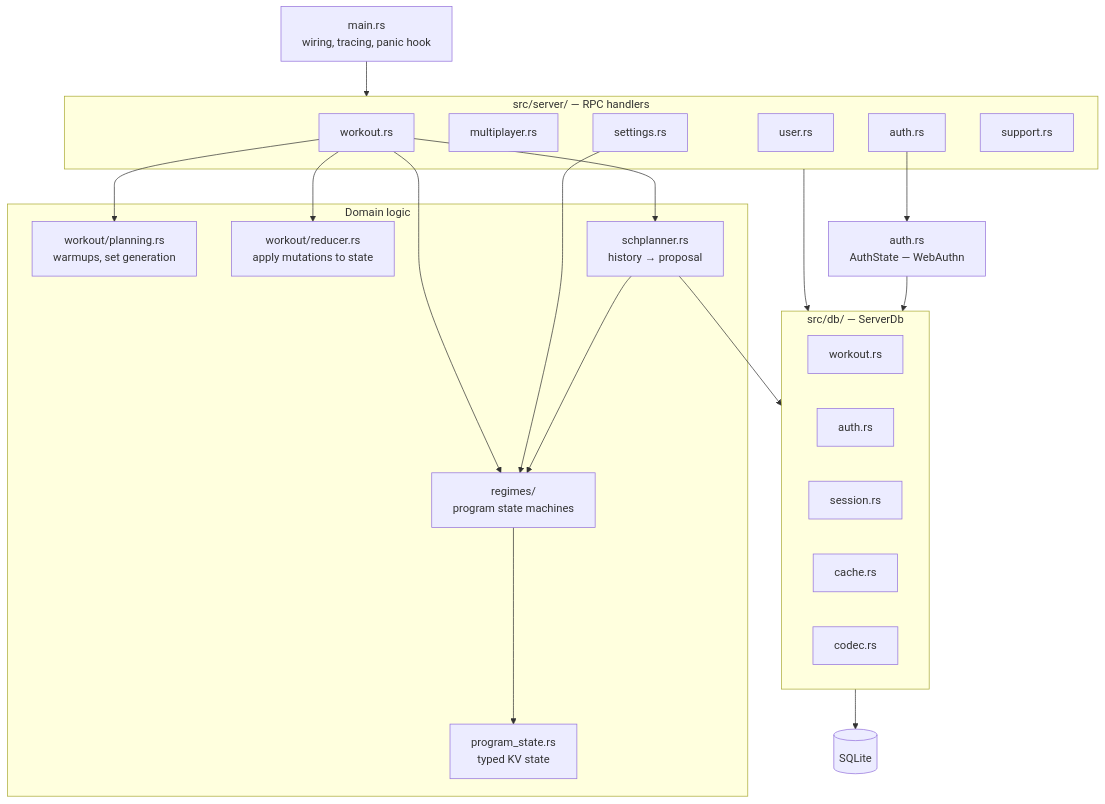
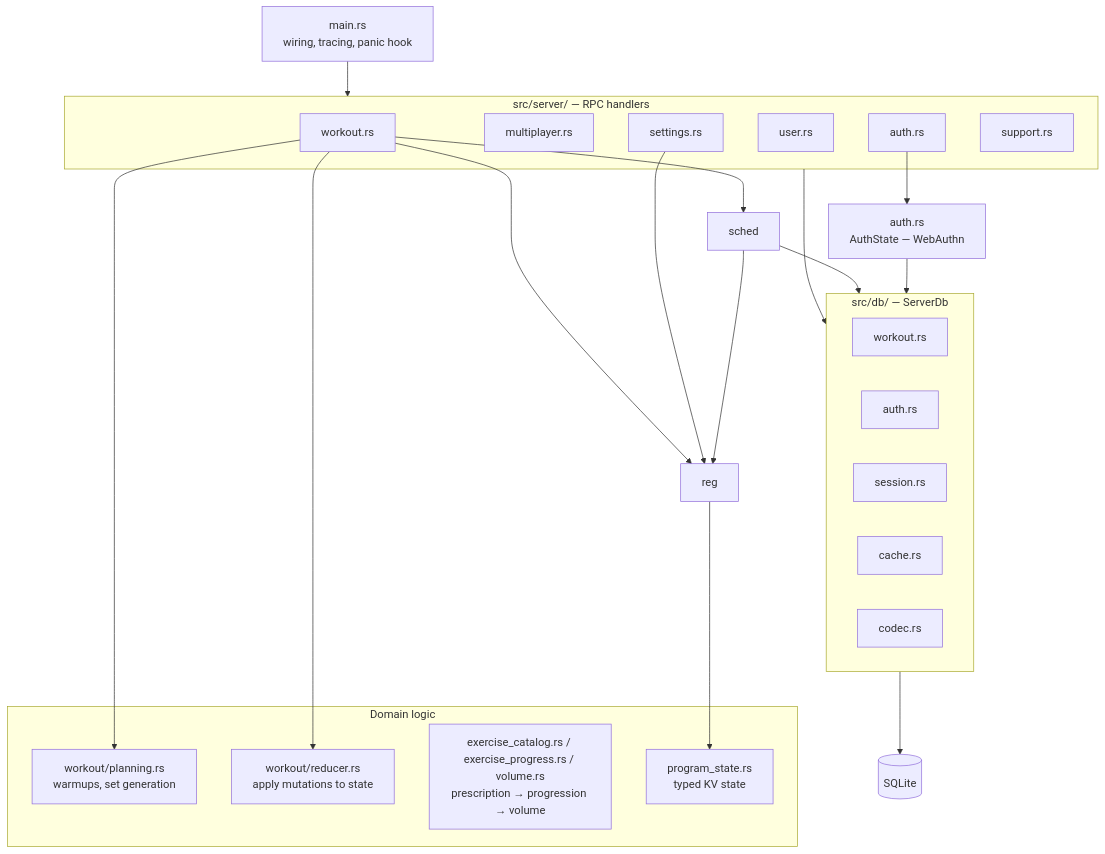
Before and after one commit to brensch/lift: the first of 3 diagrams in docs/architecture/backend.md, drawn with Mermaid. The commit also changed other lines of this file and 12 other files, not shown here.

First line of the commit message:
docs: architecture reference follows the cutover

````diff
--- a/docs/architecture/backend.md
+++ b/docs/architecture/backend.md
@@ -8,46 +8,45 @@
 ```mermaid
 graph TD
     main["main.rs<br/>wiring, tracing, panic hook"]
 
     subgraph svc["src/server/ — RPC handlers"]
         w["workout.rs"]
         mp["multiplayer.rs"]
         st["settings.rs"]
         us["user.rs"]
         au["auth.rs"]
         su["support.rs"]
     end
 
     subgraph domain["Domain logic"]
         plan["workout/planning.rs<br/>warmups, set generation"]
         red["workout/reducer.rs<br/>apply mutations to state"]
-        sched["schplanner.rs<br/>history → proposal"]
-        reg["regimes/<br/>program state machines"]
+        engine["exercise_catalog.rs / exercise_progress.rs / volume.rs<br/>prescription → progression → volume"]
         ps["program_state.rs<br/>typed KV state"]
     end
 
     subgraph data["src/db/ — ServerDb"]
         dbw["workout.rs"]
         dba["auth.rs"]
         dbs["session.rs"]
         dbc["cache.rs"]
         dbcodec["codec.rs"]
     end
 
     authst["auth.rs<br/>AuthState — WebAuthn"]
     sqlite[("SQLite")]
 
     main --> svc
     w --> plan
     w --> red
     w --> sched
     w --> reg
     st --> reg
     sched --> reg
     reg --> ps
     au --> authst
     svc --> data
     sched --> data
     authst --> data
     data --> sqlite
 ```
````
